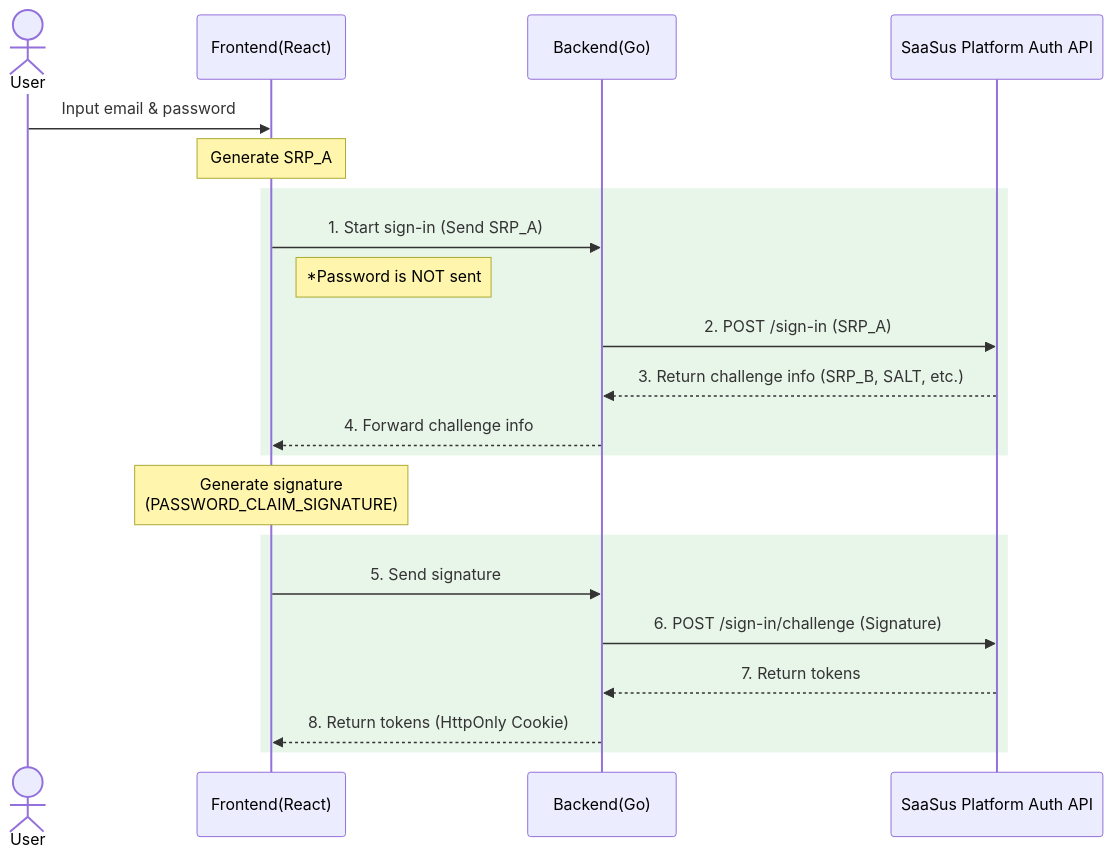
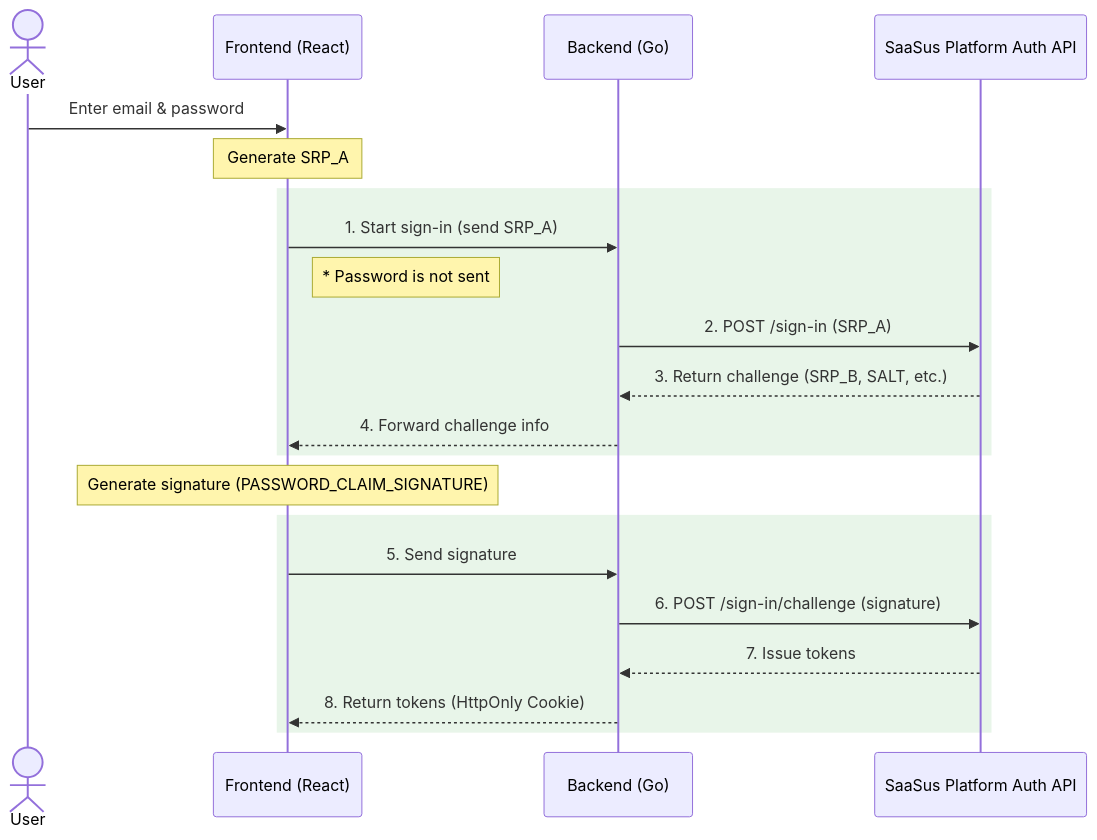
The diagram in versioned_docs/version-1.12/part-6/implementation-guide/auth/overview.md (Anti-Pattern-Inc/saasus-platform-document), drawn with Mermaid before and after one commit. The commit also changed other lines of this file and 21 other files, not shown here.

````diff
--- a/versioned_docs/version-1.12/part-6/implementation-guide/auth/overview.md
+++ b/versioned_docs/version-1.12/part-6/implementation-guide/auth/overview.md
@@ -40,27 +40,27 @@
 ```mermaid
 sequenceDiagram
     actor U as User
-    participant F as Frontend(React)
-    participant B as Backend(Go)
+    participant F as Frontend (React)
+    participant B as Backend (Go)
     participant A as SaaSus Platform Auth API
 
-    U->>F: Input email & password
+    U->>F: Enter email & password
     Note over F: Generate SRP_A
     
     rect rgba(232, 245, 233, 1)
-      F->>B: 1. Start sign-in (Send SRP_A)
-      Note right of F: *Password is NOT sent
+      F->>B: 1. Start sign-in (send SRP_A)
+      Note right of F: * Password is not sent
       B->>A: 2. POST /sign-in (SRP_A)
-      A-->>B: 3. Return challenge info (SRP_B, SALT, etc.)
+      A-->>B: 3. Return challenge (SRP_B, SALT, etc.)
       B-->>F: 4. Forward challenge info
     end
 
-    Note over F: Generate signature<br/>(PASSWORD_CLAIM_SIGNATURE)
+    Note over F: Generate signature (PASSWORD_CLAIM_SIGNATURE)
 
     rect rgba(232, 245, 233, 1)
       F->>B: 5. Send signature
-      B->>A: 6. POST /sign-in/challenge (Signature)
-      A-->>B: 7. Return tokens
+      B->>A: 6. POST /sign-in/challenge (signature)
+      A-->>B: 7. Issue tokens
       B-->>F: 8. Return tokens (HttpOnly Cookie)
     end
 ```
````
